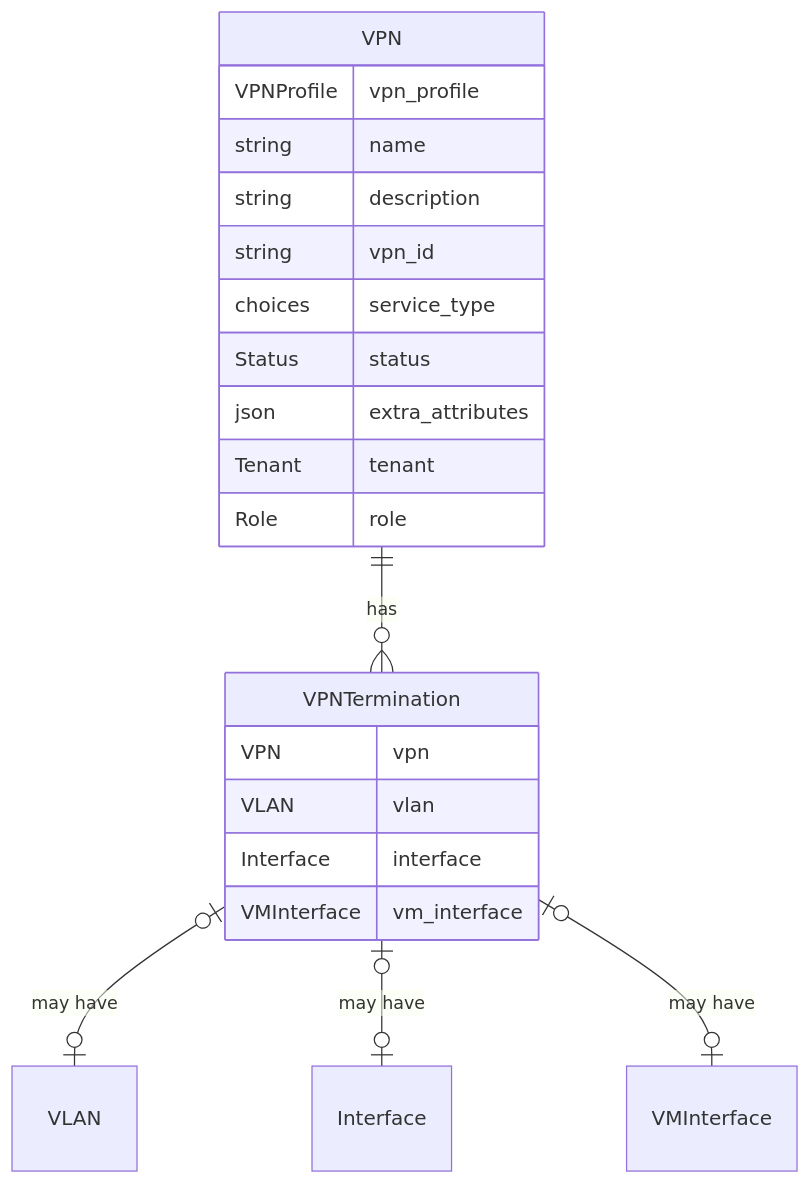
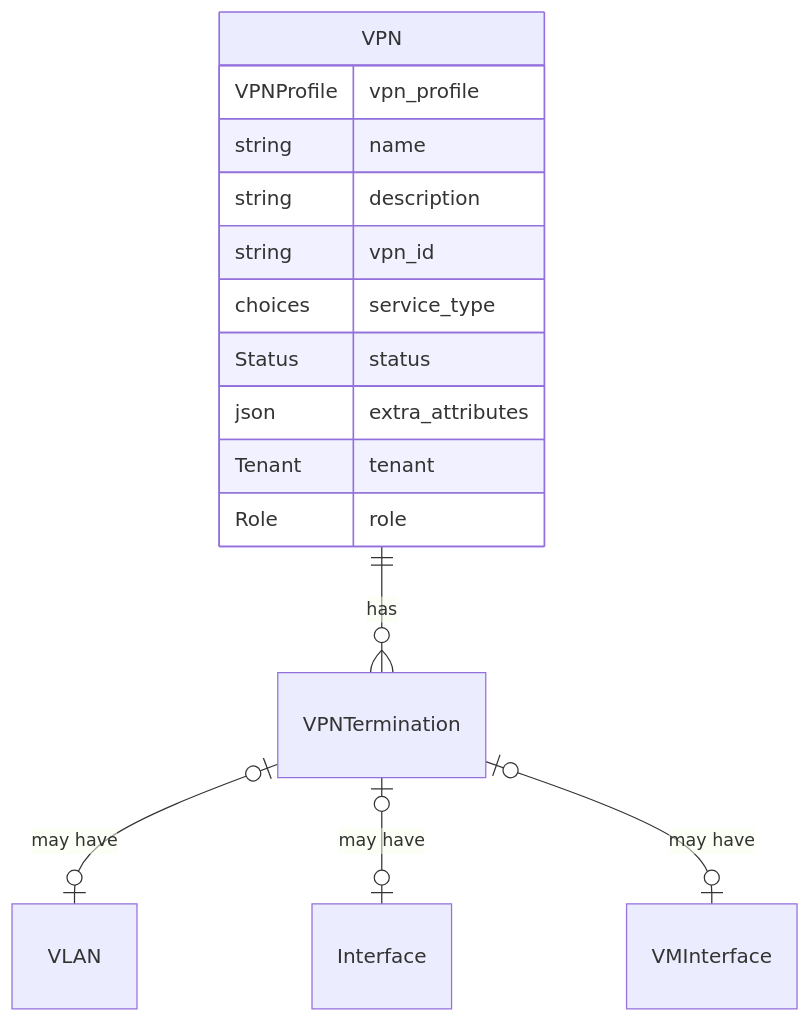
The fourth of 11 diagrams in nautobot/docs/user-guide/core-data-model/vpn/index.md (nautobot/nautobot), drawn with Mermaid before and after one commit. The commit also changed other lines of this file and 8 other files, not shown here.

````diff
--- a/nautobot/docs/user-guide/core-data-model/vpn/index.md
+++ b/nautobot/docs/user-guide/core-data-model/vpn/index.md
@@ -174,30 +162,25 @@
 ```mermaid
 erDiagram
     "nautobot_vpn_models.VPN"[VPN] {
         VPNProfile vpn_profile
         string name
         string description
         string vpn_id
         choices service_type
         Status status
         json extra_attributes
         Tenant tenant
         Role role
     }
 
-    "nautobot_vpn_models.VPNTermination"[VPNTermination] {
-        VPN vpn
-        VLAN vlan
-        Interface interface
-        VMInterface vm_interface
-    }
+    "nautobot_vpn_models.VPNTermination"[VPNTermination] {}
 
     "ipam.VLAN"[VLAN] {}
     "dcim.Interface"[Interface] {}
     "virtualization.VMInterface"[VMInterface] {}
 
     "nautobot_vpn_models.VPN" ||--o{ "nautobot_vpn_models.VPNTermination" : "has"
     "nautobot_vpn_models.VPNTermination" |o--o| "ipam.VLAN" : "may have"
     "nautobot_vpn_models.VPNTermination" |o--o| "dcim.Interface" : "may have"
     "nautobot_vpn_models.VPNTermination" |o--o| "virtualization.VMInterface" : "may have"
 ```
````
